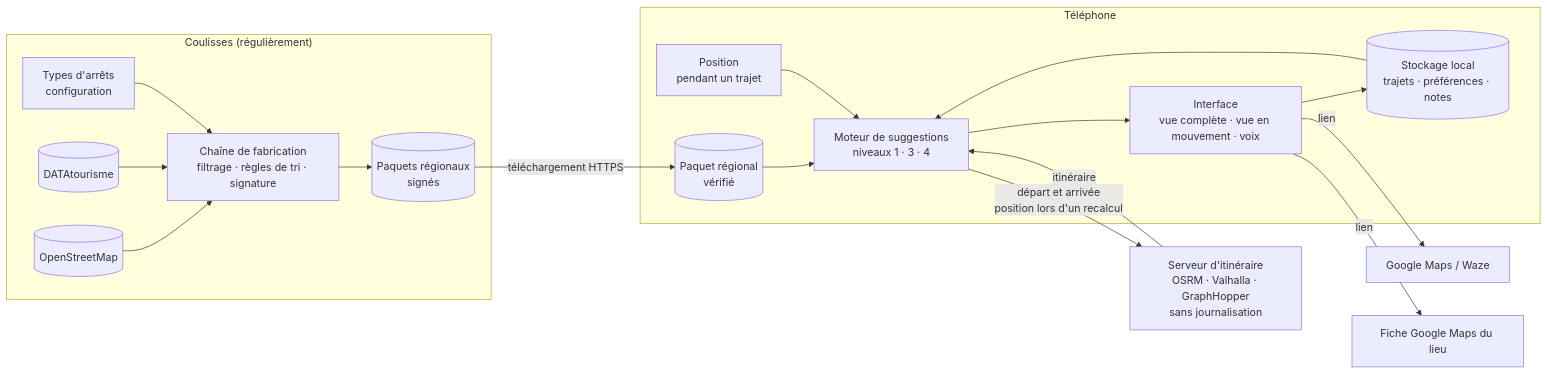
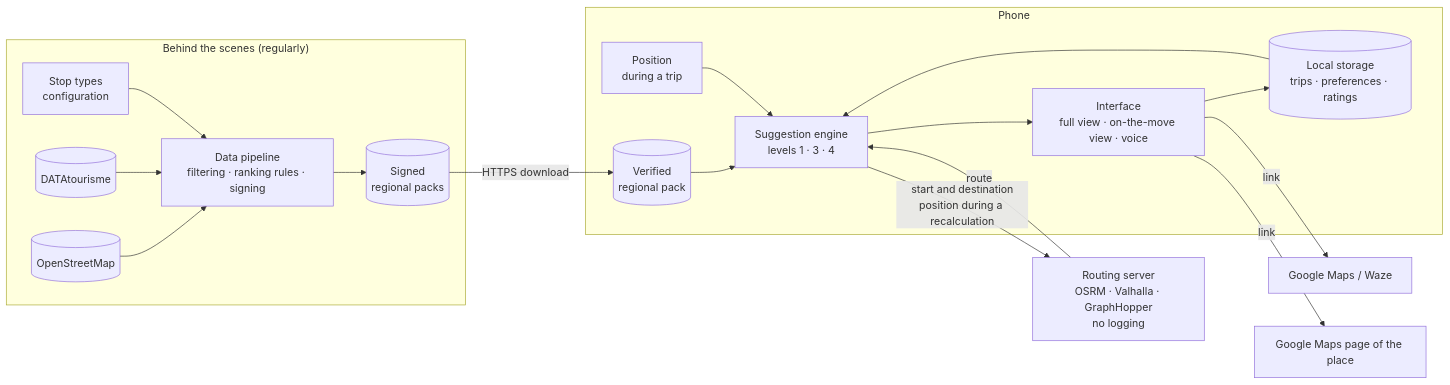
Before and after one commit to Torof/flane: the diagram in docs/ARCHITECTURE.md, drawn with Mermaid. The commit also changed other lines of this file and 35 other files, not shown here.

````diff
--- a/docs/ARCHITECTURE.md
+++ b/docs/ARCHITECTURE.md
@@ -7,28 +7,28 @@
 ```mermaid
 flowchart LR
-  subgraph Coulisses["Coulisses (régulièrement)"]
-    OSM[(OpenStreetMap)] --> PIPE[Chaîne de fabrication<br/>filtrage · règles de tri · signature]
+  subgraph Coulisses["Behind the scenes (regularly)"]
+    OSM[(OpenStreetMap)] --> PIPE[Data pipeline<br/>filtering · ranking rules · signing]
     DT[(DATAtourisme)] --> PIPE
-    CFG[Types d'arrêts<br/>configuration] --> PIPE
-    PIPE --> PACKS[(Paquets régionaux<br/>signés)]
+    CFG[Stop types<br/>configuration] --> PIPE
+    PIPE --> PACKS[(Signed<br/>regional packs)]
   end
 
-  subgraph Telephone["Téléphone"]
-    STORE[(Stockage local<br/>trajets · préférences · notes)]
-    LOCAL[(Paquet régional<br/>vérifié)]
-    ENGINE[Moteur de suggestions<br/>niveaux 1 · 3 · 4]
-    UI[Interface<br/>vue complète · vue en mouvement · voix]
-    GPS[Position<br/>pendant un trajet]
+  subgraph Telephone["Phone"]
+    STORE[(Local storage<br/>trips · preferences · ratings)]
+    LOCAL[(Verified<br/>regional pack)]
+    ENGINE[Suggestion engine<br/>levels 1 · 3 · 4]
+    UI[Interface<br/>full view · on-the-move view · voice]
+    GPS[Position<br/>during a trip]
     LOCAL --> ENGINE
     STORE --> ENGINE
     GPS --> ENGINE
     ENGINE --> UI
     UI --> STORE
   end
 
-  PACKS -- téléchargement HTTPS --> LOCAL
-  ENGINE -- départ et arrivée<br/>position lors d'un recalcul --> ROUTE[Serveur d'itinéraire<br/>OSRM · Valhalla · GraphHopper<br/>sans journalisation]
-  ROUTE -- itinéraire --> ENGINE
-  UI -- lien --> NAV[Google Maps / Waze]
-  UI -- lien --> GFICHE[Fiche Google Maps du lieu]
+  PACKS -- HTTPS download --> LOCAL
+  ENGINE -- start and destination<br/>position during a recalculation --> ROUTE[Routing server<br/>OSRM · Valhalla · GraphHopper<br/>no logging]
+  ROUTE -- route --> ENGINE
+  UI -- link --> NAV[Google Maps / Waze]
+  UI -- link --> GFICHE[Google Maps page of the place]
 ```
````
